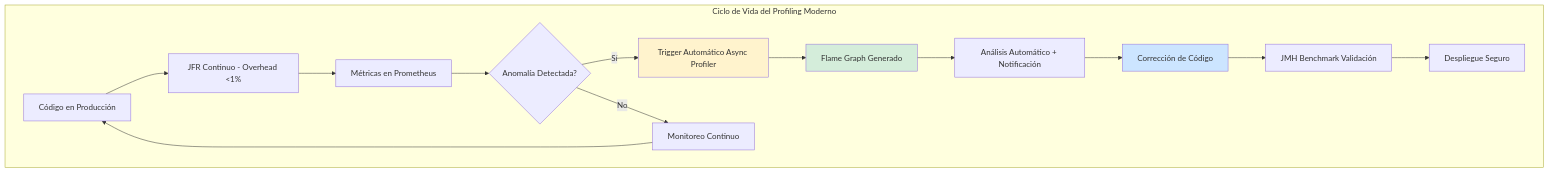
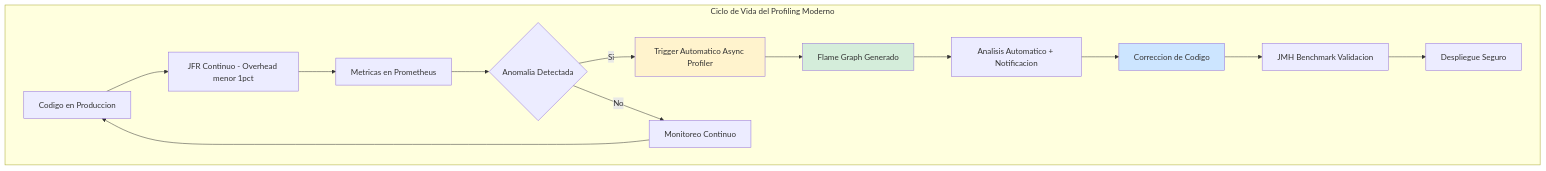
Before and after one commit to Joaquinriosheredia/DAM-Java-Mastery: the first of 4 diagrams in 01_Java_Core/profiling_avanzado_en_java_con_jfr_y_async_profiler_STAFF.md, drawn with Mermaid. The commit also changed other lines of this file, not shown here.

Commit message:
profiling_avanzado_en_java_con_jfr_y_async_profiler_STAFF.md

````diff
--- a/01_Java_Core/profiling_avanzado_en_java_con_jfr_y_async_profiler_STAFF.md
+++ b/01_Java_Core/profiling_avanzado_en_java_con_jfr_y_async_profiler_STAFF.md
@@ -38,22 +55,22 @@
 ```mermaid
 graph TD
     subgraph "Ciclo de Vida del Profiling Moderno"
-        CODE[Código en Producción] --> JFR[JFR Continuo - Overhead <1%]
-        JFR --> METRICS[Métricas en Prometheus]
-        METRICS --> ALERT{Anomalía Detectada?}
+        CODE[Codigo en Produccion] --> JFR[JFR Continuo - Overhead menor 1pct]
+        JFR --> METRICS[Metricas en Prometheus]
+        METRICS --> ALERT{Anomalia Detectada}
         
-        ALERT -->|Sí| TRIGGER[Trigger Automático Async Profiler]
+        ALERT -->|Si| TRIGGER[Trigger Automatico Async Profiler]
         TRIGGER --> FLAME[Flame Graph Generado]
-        FLAME --> ANALYSIS[Análisis Automático + Notificación]
-        ANALYSIS --> FIX[Corrección de Código]
-        FIX --> BENCHMARK[JMH Benchmark Validación]
+        FLAME --> ANALYSIS[Analisis Automatico + Notificacion]
+        ANALYSIS --> FIX[Correccion de Codigo]
+        FIX --> BENCHMARK[JMH Benchmark Validacion]
         BENCHMARK --> DEPLOY[Despliegue Seguro]
         
         ALERT -->|No| MON[Monitoreo Continuo]
         MON --> CODE
     end
     
     style TRIGGER fill:#fff3cd
     style FLAME fill:#d4edda
     style FIX fill:#cce5ff
 ```
````
